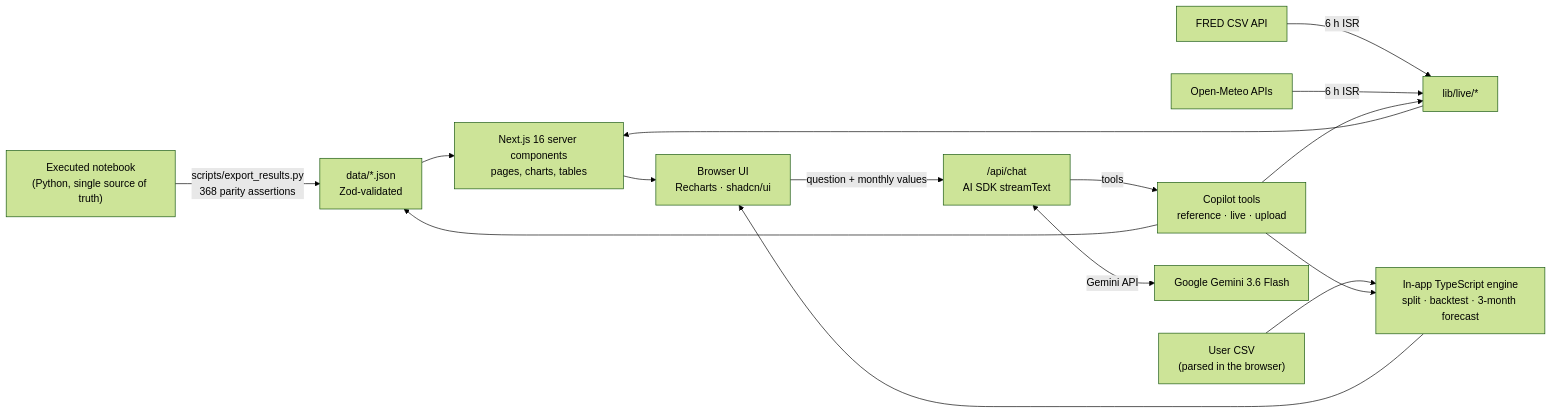
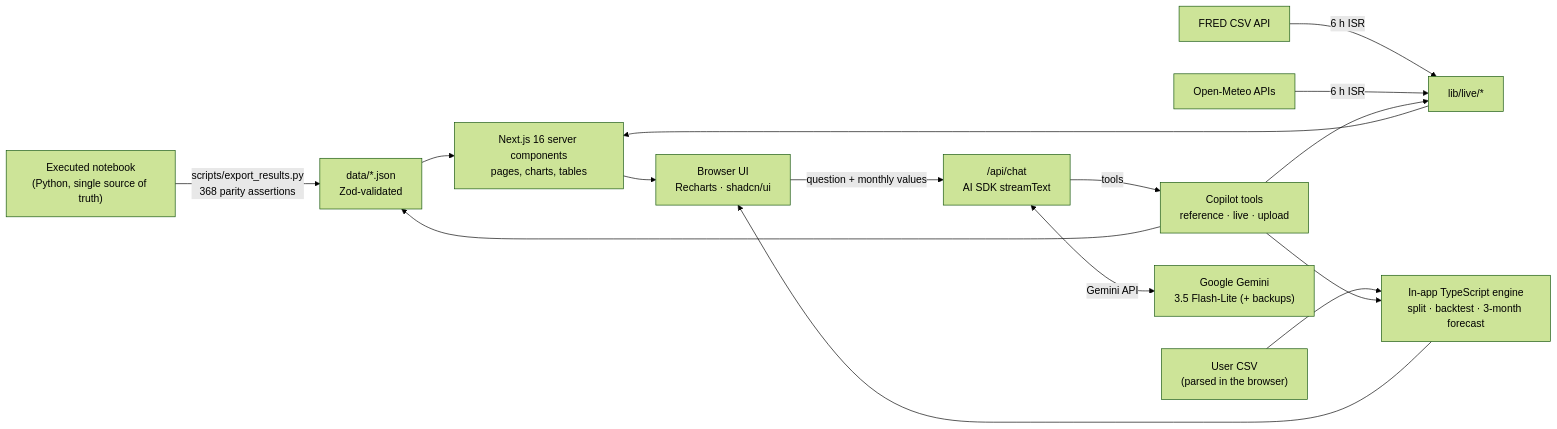
The diagram in README.md (krish2105/krishna-mathur-bevcast-ai-forecasting), drawn with Mermaid (forest theme) before and after one commit. The commit also changed other lines of this file and 25 other files, not shown here.

````diff
--- a/README.md
+++ b/README.md
@@ -153,17 +155,17 @@
 ```mermaid
 flowchart LR
   NB["Executed notebook<br/>(Python, single source of truth)"] -->|scripts/export_results.py<br/>368 parity assertions| JSON["data/*.json<br/>Zod-validated"]
   JSON --> RSC["Next.js 16 server components<br/>pages, charts, tables"]
   CSV["User CSV<br/>(parsed in the browser)"] --> ENG["In-app TypeScript engine<br/>split · backtest · 3-month forecast"]
   RSC --> UI["Browser UI<br/>Recharts · shadcn/ui"]
   ENG --> UI
   FRED["FRED CSV API"] -->|6 h ISR| LIVE["lib/live/*"]
   OM["Open-Meteo APIs"] -->|6 h ISR| LIVE
   LIVE --> RSC
   UI -->|question + monthly values| CHAT["/api/chat<br/>AI SDK streamText"]
   CHAT -->|tools| TOOLS["Copilot tools<br/>reference · live · upload"]
   TOOLS --> JSON
   TOOLS --> LIVE
   TOOLS --> ENG
-  CHAT <-->|Gemini API| GEMINI["Google Gemini 3.6 Flash"]
+  CHAT <-->|Gemini API| GEMINI["Google Gemini<br/>3.5 Flash-Lite (+ backups)"]
 ```
````
